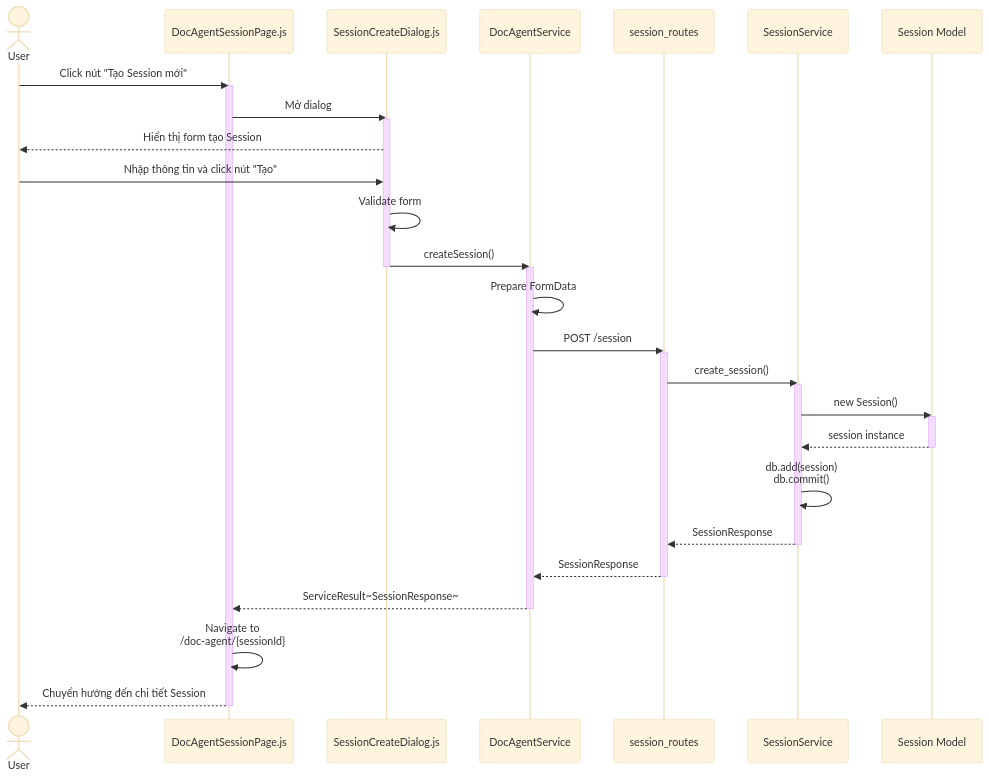
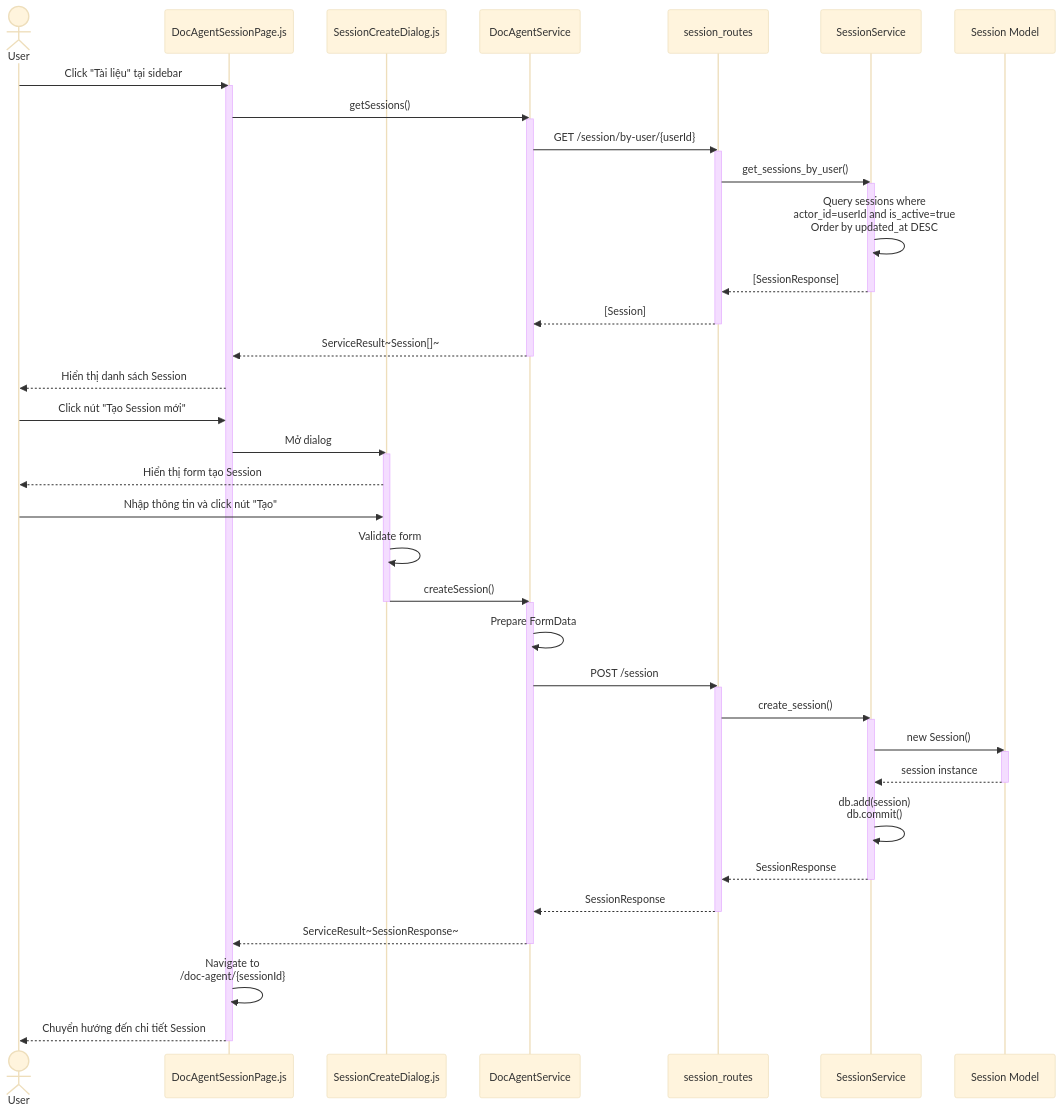
The second of 4 diagrams in session/4_session_management_seq.md (mduc-2610/gp_doc), drawn with Mermaid (base theme) before and after one commit. The commit also changed other lines of this file and 12 other files, not shown here.

Commit message:
refactor scenario and sequence

````diff
--- a/session/4_session_management_seq.md
+++ b/session/4_session_management_seq.md
@@ -45,49 +45,67 @@
 ```mermaid
 sequenceDiagram
     actor User
     participant DocAgentSessionPage as DocAgentSessionPage.js
     participant SessionCreateDialog as SessionCreateDialog.js
     participant DocAgentService as DocAgentService
     participant SessionRoutes as session_routes
     participant SessionService as SessionService
     participant SessionModel as Session Model
 
+    User->>DocAgentSessionPage: Click "Tài liệu" tại sidebar
+    activate DocAgentSessionPage
+    
+    DocAgentSessionPage->>DocAgentService: getSessions()
+    activate DocAgentService
+    DocAgentService->>SessionRoutes: GET /session/by-user/{userId}
+    activate SessionRoutes
+    SessionRoutes->>SessionService: get_sessions_by_user()
+    activate SessionService
+    SessionService->>SessionService: Query sessions where<br/>actor_id=userId and is_active=true<br/>Order by updated_at DESC
+    SessionService-->>SessionRoutes: [SessionResponse]
+    deactivate SessionService
+    SessionRoutes-->>DocAgentService: [Session]
+    deactivate SessionRoutes
+    DocAgentService-->>DocAgentSessionPage: ServiceResult~Session[]~
+    deactivate DocAgentService
+    
+    DocAgentSessionPage-->>User: Hiển thị danh sách Session
+    
     User->>DocAgentSessionPage: Click nút "Tạo Session mới"
-    activate DocAgentSessionPage
     
     DocAgentSessionPage->>SessionCreateDialog: Mở dialog
     activate SessionCreateDialog
     SessionCreateDialog-->>User: Hiển thị form tạo Session
     
     User->>SessionCreateDialog: Nhập thông tin và click nút "Tạo"
     SessionCreateDialog->>SessionCreateDialog: Validate form
     SessionCreateDialog->>DocAgentService: createSession()
     deactivate SessionCreateDialog
     activate DocAgentService
     
     DocAgentService->>DocAgentService: Prepare FormData
     DocAgentService->>SessionRoutes: POST /session
     activate SessionRoutes
     
     SessionRoutes->>SessionService: create_session()
     activate SessionService
     
     SessionService->>SessionModel: new Session()
     activate SessionModel
     SessionModel-->>SessionService: session instance
     deactivate SessionModel
     
     SessionService->>SessionService: db.add(session)<br/>db.commit()
     SessionService-->>SessionRoutes: SessionResponse
     deactivate SessionService
     
     SessionRoutes-->>DocAgentService: SessionResponse
     deactivate SessionRoutes
     
     DocAgentService-->>DocAgentSessionPage: ServiceResult~SessionResponse~
     deactivate DocAgentService
     
     DocAgentSessionPage->>DocAgentSessionPage: Navigate to<br/>/doc-agent/{sessionId}
     DocAgentSessionPage-->>User: Chuyển hướng đến chi tiết Session
     deactivate DocAgentSessionPage
 ```
````
